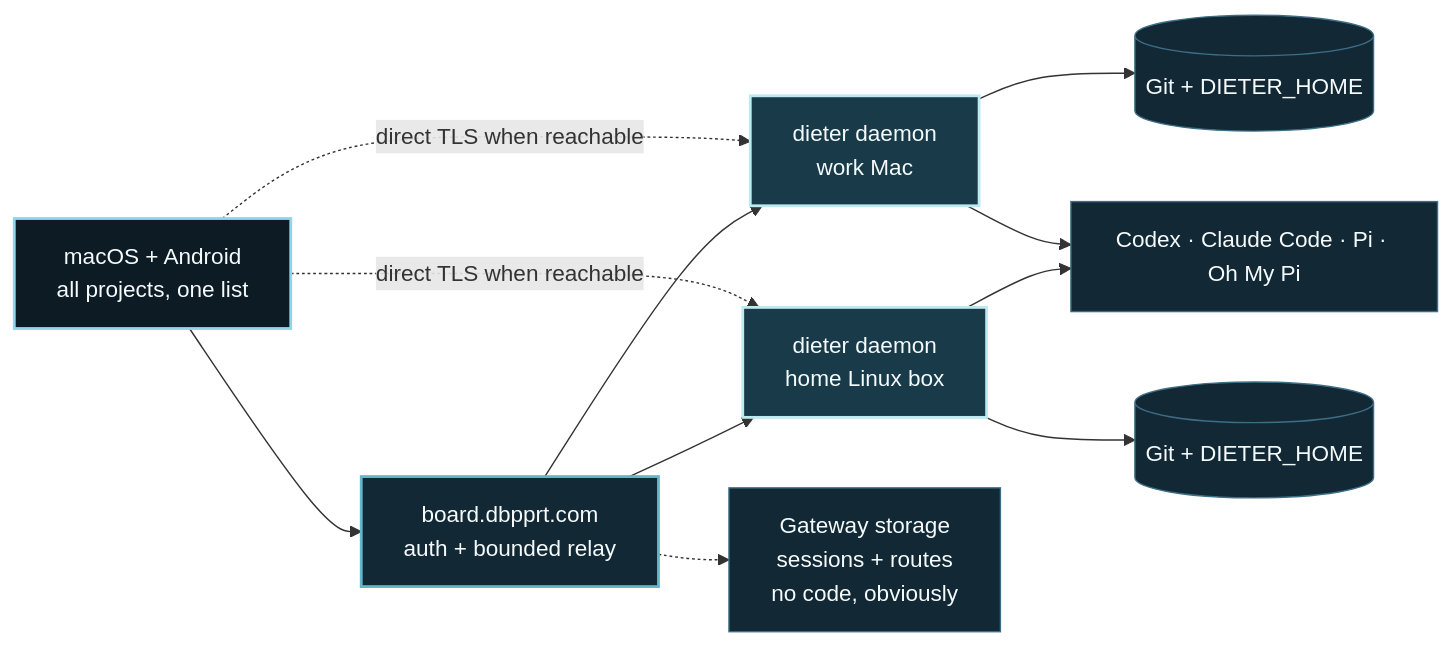
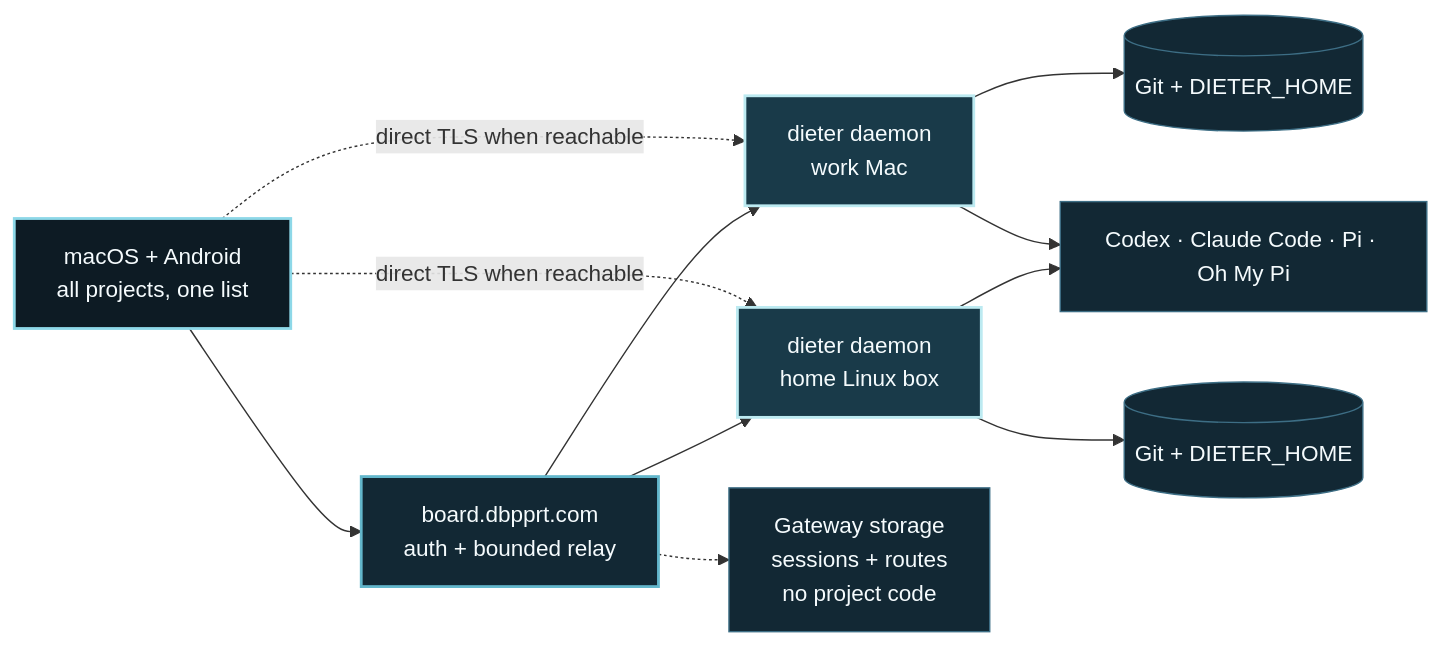
Before and after one commit to dbpprt/dieter: the diagram in README.md, drawn with Mermaid. The commit also changed other lines of this file and 64 other files, not shown here.

````diff
--- a/README.md
+++ b/README.md
@@ -107,32 +112,32 @@
 ```mermaid
 flowchart LR
     apps["macOS + Android<br/>all projects, one list"]
     gateway["board.dbpprt.com<br/>auth + bounded relay"]
     a["dieter daemon<br/>work Mac"]
     b["dieter daemon<br/>home Linux box"]
     dataA[("Git + DIETER_HOME")]
     dataB[("Git + DIETER_HOME")]
     agents["Codex · Claude Code · Pi · Oh My Pi"]
-    nope["Gateway storage<br/>sessions + routes<br/>no code, obviously"]
+    nope["Gateway storage<br/>sessions + routes<br/>no project code"]
 
     apps --> gateway
     apps -. "direct TLS when reachable" .-> a
     apps -. "direct TLS when reachable" .-> b
     gateway --> a
     gateway --> b
     gateway -.-> nope
     a --> dataA
     b --> dataB
     a --> agents
     b --> agents
 
     classDef app fill:#0D1B24,stroke:#8DD8E8,stroke-width:2px,color:#F5FBFD;
     classDef route fill:#122834,stroke:#62B6CB,stroke-width:2px,color:#F5FBFD;
     classDef daemon fill:#193A49,stroke:#BCEAF1,stroke-width:2px,color:#F5FBFD;
     classDef data fill:#122834,stroke:#3D6E85,color:#F5FBFD;
 
     class apps app;
     class gateway route;
     class a,b daemon;
     class dataA,dataB,agents,nope data;
 ```
````
